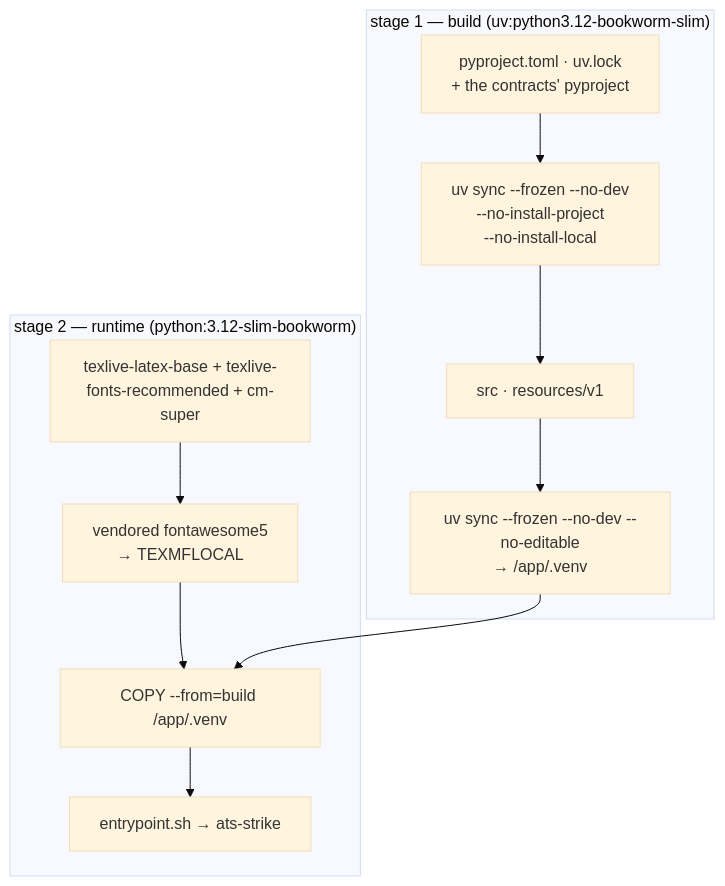
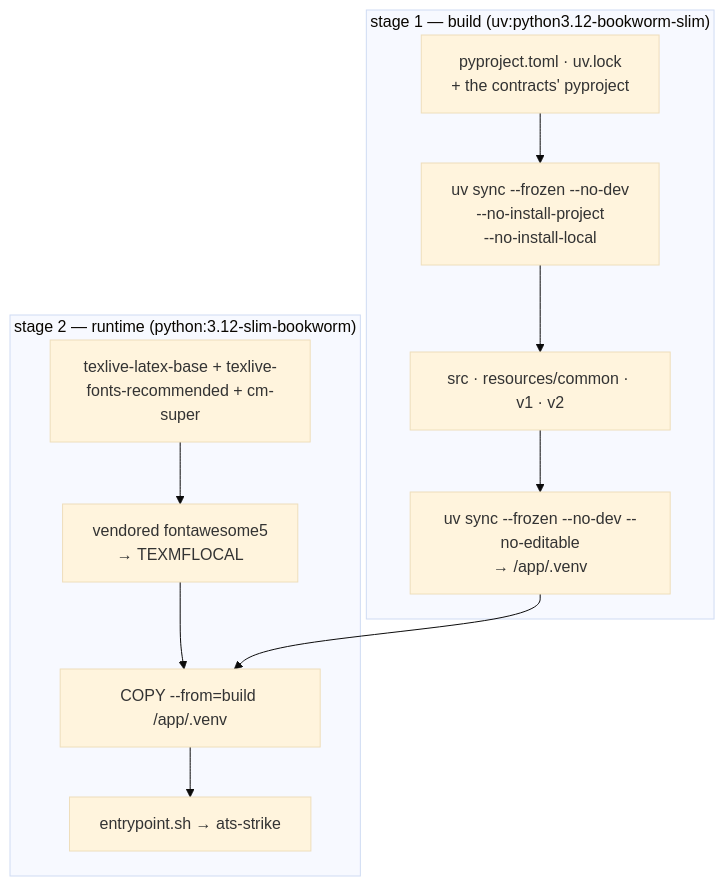
The diagram in doc/build-server.md (gcontini/ats-strike), drawn with Mermaid (base theme) before and after one commit. The commit also changed other lines of this file and 86 other files, not shown here.

````diff
--- a/doc/build-server.md
+++ b/doc/build-server.md
@@ -22,14 +22,14 @@
 ```mermaid
 flowchart TB
     subgraph s1["stage 1 — build (uv:python3.12-bookworm-slim)"]
         L1["pyproject.toml · uv.lock<br/>+ the contracts' pyproject"] --> L2["uv sync --frozen --no-dev<br/>--no-install-project<br/>--no-install-local"]
-        L2 --> L3["src · resources/v1"]
+        L2 --> L3["src · resources/common · v1 · v2"]
         L3 --> L4["uv sync --frozen --no-dev --no-editable<br/>→ /app/.venv"]
     end
     subgraph s2["stage 2 — runtime (python:3.12-slim-bookworm)"]
         R1["texlive-latex-base + texlive-fonts-recommended + cm-super"] --> R2["vendored fontawesome5<br/>→ TEXMFLOCAL"]
         R2 --> R3["COPY --from=build /app/.venv"]
         R3 --> R4["entrypoint.sh → ats-strike"]
     end
     L4 --> R3
 ```
````
